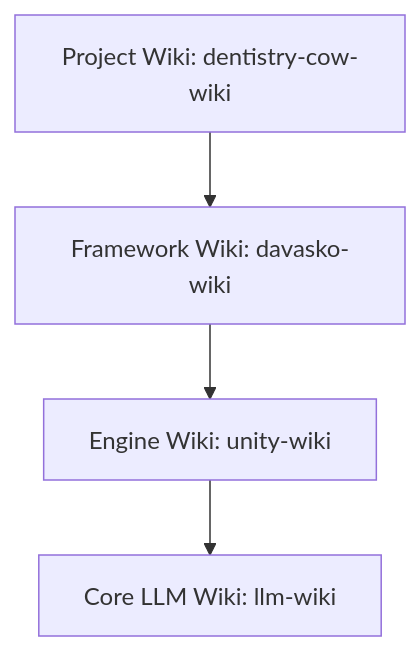
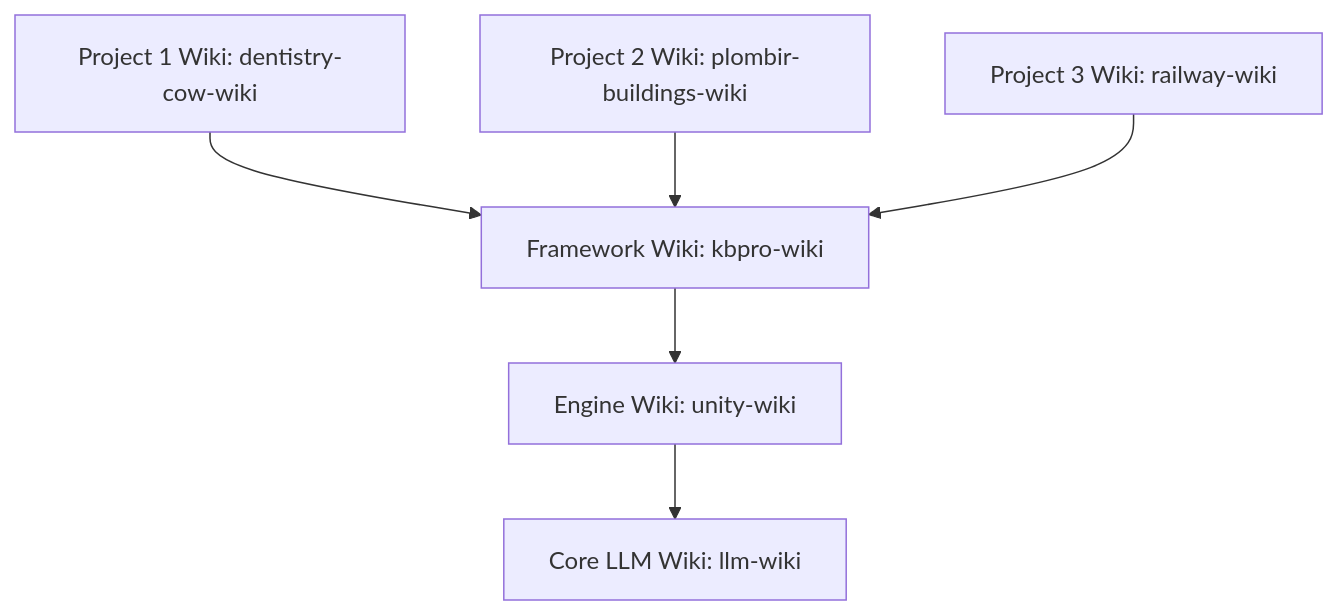
Before and after one commit to gDavASko/DavASkoLLMWiki: the diagram in skills/davasko-llm-wiki/references/architecture-setup.md, drawn with Mermaid. The commit also changed other lines of this file and 31 other files, not shown here.

Commit message:
Update davasko-llm-wiki skill to support multi-project layers, root plans, and new automation scripts

````diff
--- a/skills/davasko-llm-wiki/references/architecture-setup.md
+++ b/skills/davasko-llm-wiki/references/architecture-setup.md
@@ -12,6 +12,8 @@
 ```mermaid
 graph TD
-    ProjectLayer[Project Wiki: dentistry-cow-wiki] --> FrameworkLayer[Framework Wiki: davasko-wiki]
+    ProjectLayer1[Project 1 Wiki: dentistry-cow-wiki] --> FrameworkLayer[Framework Wiki: kbpro-wiki]
+    ProjectLayer2[Project 2 Wiki: plombir-buildings-wiki] --> FrameworkLayer
+    ProjectLayer3[Project 3 Wiki: railway-wiki] --> FrameworkLayer
     FrameworkLayer --> EngineLayer[Engine Wiki: unity-wiki]
     EngineLayer --> RootLayer[Core LLM Wiki: llm-wiki]
 ```
````
